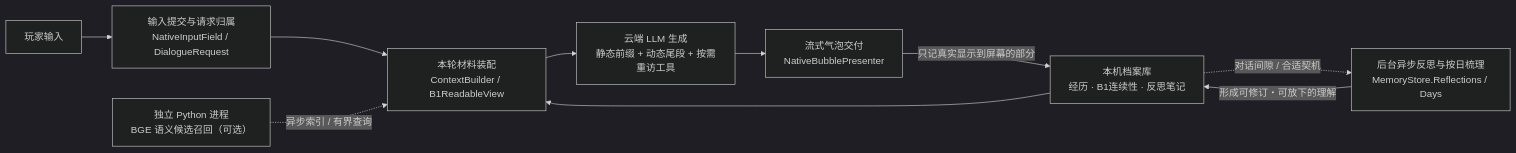
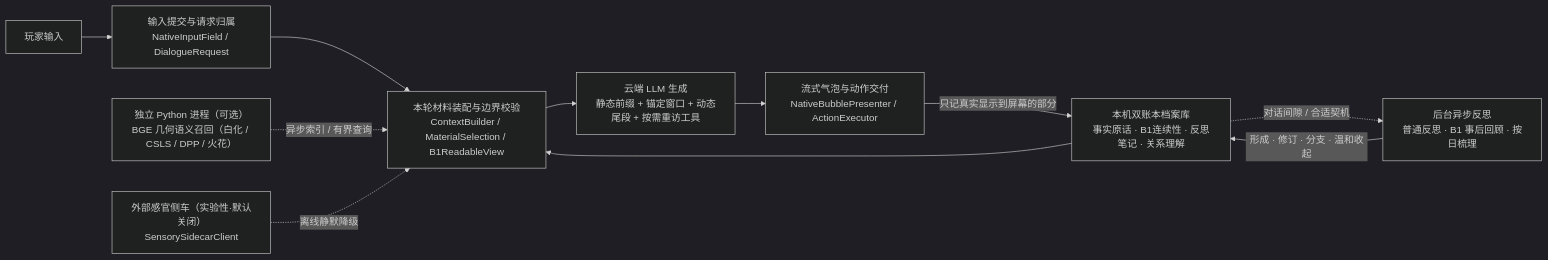
Before and after one commit to gtxpz2021/LilithBridge: the diagram in ARCHITECTURE.md, drawn with Mermaid (dark theme). The commit also changed other lines of this file and 2 other files, not shown here.

Commit message:
docs: refresh homepage README, sync ARCHITECTURE to v0.4, and clarify provider setup

````diff
--- a/ARCHITECTURE.md
+++ b/ARCHITECTURE.md
@@ -17,12 +17,13 @@
 ```mermaid
 flowchart LR
     U["玩家输入"] --> I["输入提交与请求归属<br/>NativeInputField / DialogueRequest"]
-    I --> S["本轮材料装配<br/>ContextBuilder / B1ReadableView"]
-    D["本机档案库<br/>经历 · B1连续性 · 反思笔记"] --> S
-    W["独立 Python 进程<br/>BGE 语义候选召回（可选）"] -. 异步索引 / 有界查询 .-> S
-    S --> M["云端 LLM 生成<br/>静态前缀 + 动态尾段 + 按需重访工具"]
-    M --> P["流式气泡交付<br/>NativeBubblePresenter"]
+    I --> S["本轮材料装配与边界校验<br/>ContextBuilder / MaterialSelection / B1ReadableView"]
+    D["本机双账本档案库<br/>事实原话 · B1连续性 · 反思笔记 · 关系理解"] --> S
+    W["独立 Python 进程（可选）<br/>BGE 几何语义召回（白化 / CSLS / DPP / 火花）"] -. "异步索引 / 有界查询" .-> S
+    X["外部感官侧车（实验性·默认关闭）<br/>SensorySidecarClient"] -. "离线静默降级" .-> S
+    S --> M["云端 LLM 生成<br/>静态前缀 + 锚定窗口 + 动态尾段 + 按需重访工具"]
+    M --> P["流式气泡与动作交付<br/>NativeBubblePresenter / ActionExecutor"]
     P -->|"只记真实显示到屏幕的部分"| D
-    D -. "对话间隙 / 合适契机" .-> R["后台异步反思与按日梳理<br/>MemoryStore.Reflections / Days"]
-    R -->|"形成可修订・可放下的理解"| D
+    D -. "对话间隙 / 合适契机" .-> R["后台异步反思<br/>普通反思 · B1 事后回顾 · 按日梳理"]
+    R -->|"形成 · 修订 · 分支 · 温和收起"| D
 ```
````
